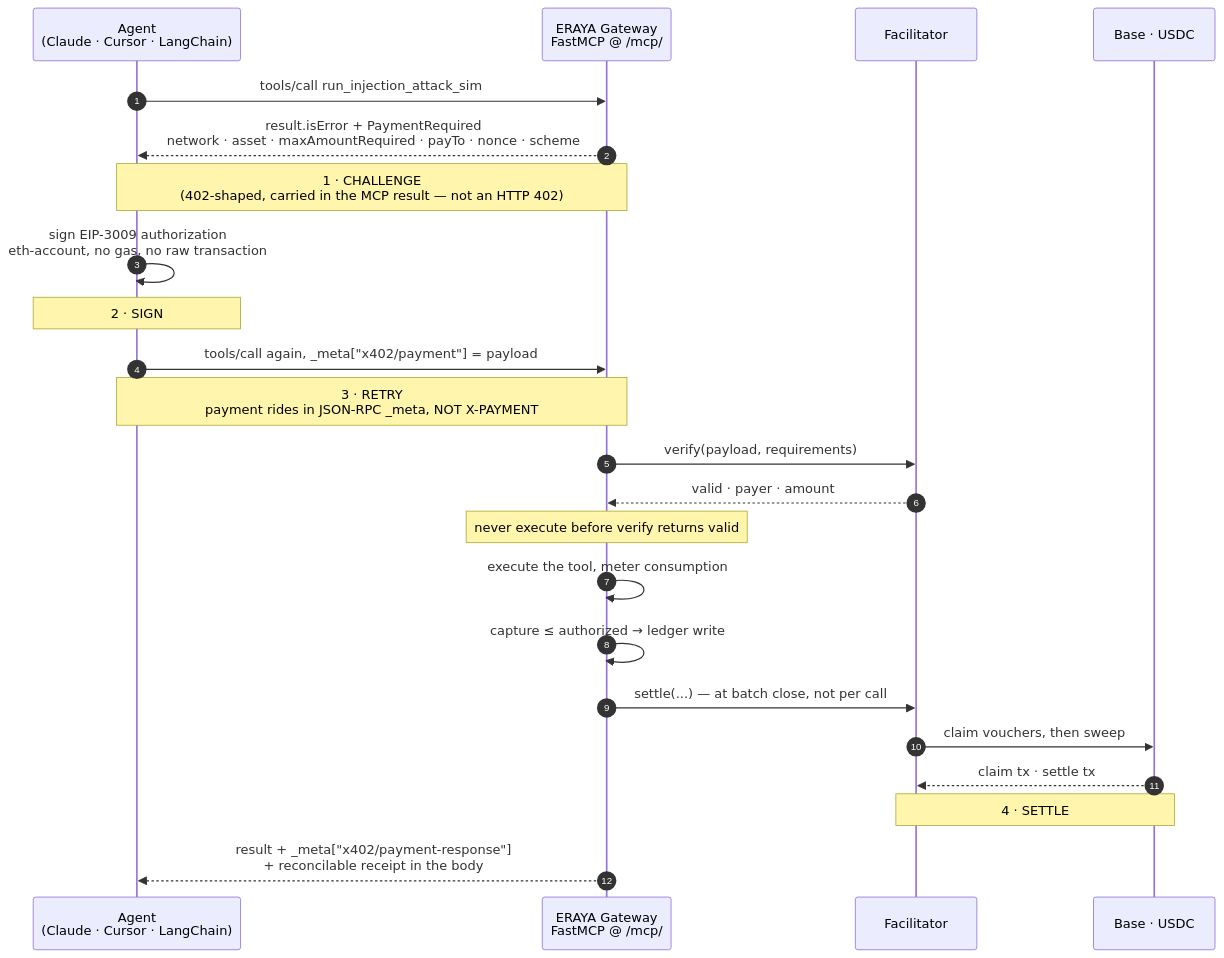
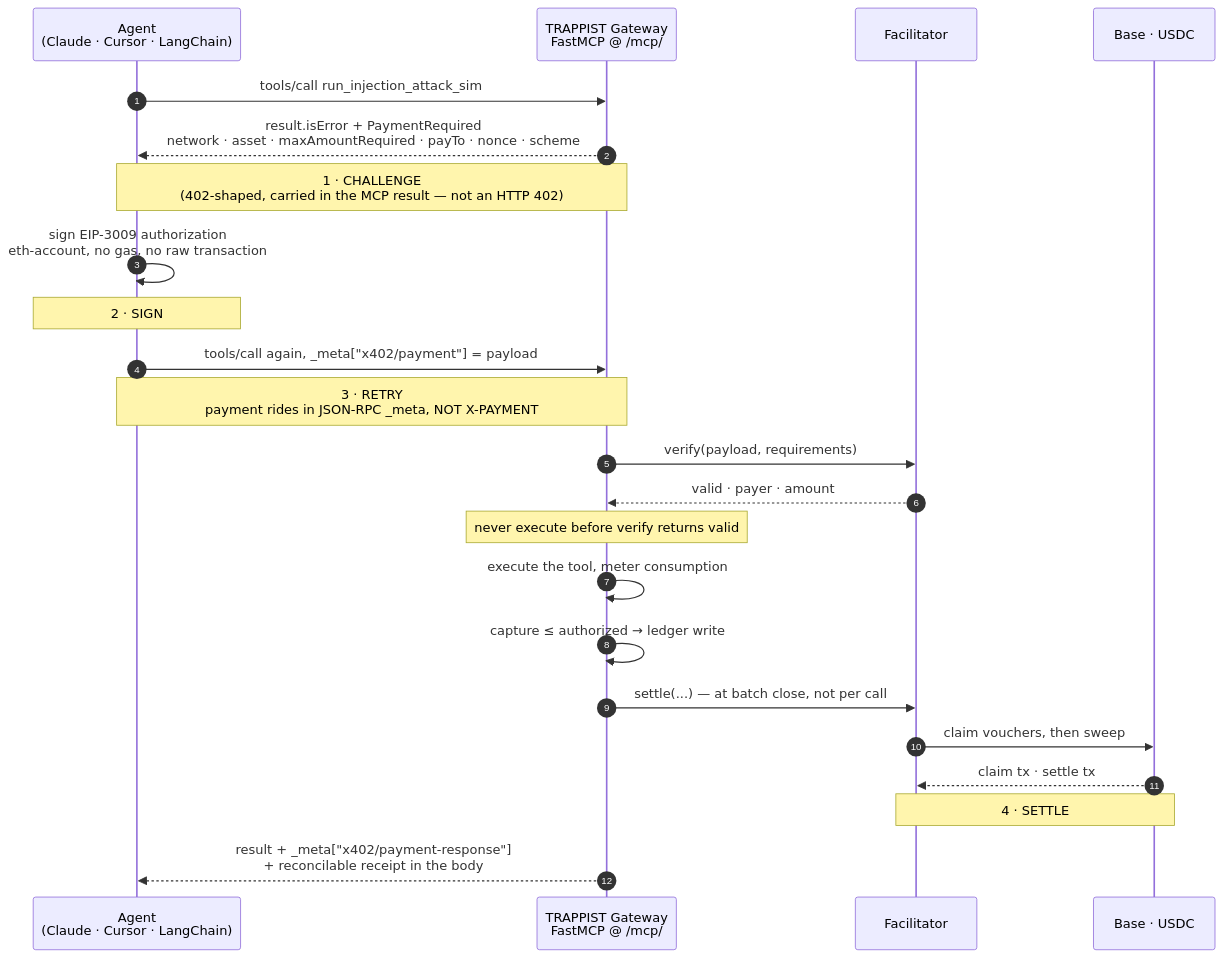
Before and after one commit to martian3062/brainwave: the first of 5 diagrams in README.md, drawn with Mermaid. The commit also changed other lines of this file and 23 other files, not shown here.

````diff
--- a/README.md
+++ b/README.md
@@ -162,30 +162,30 @@
 ```mermaid
 sequenceDiagram
     autonumber
     participant A as Agent<br/>(Claude · Cursor · LangChain)
-    participant G as ERAYA Gateway<br/>FastMCP @ /mcp/
+    participant G as TRAPPIST Gateway<br/>FastMCP @ /mcp/
     participant F as Facilitator
     participant B as Base · USDC
 
     A->>G: tools/call run_injection_attack_sim
     G-->>A: result.isError + PaymentRequired<br/>network · asset · maxAmountRequired · payTo · nonce · scheme
     Note over A,G: 1 · CHALLENGE<br/>(402-shaped, carried in the MCP result — not an HTTP 402)
 
     A->>A: sign EIP-3009 authorization<br/>eth-account, no gas, no raw transaction
     Note over A: 2 · SIGN
 
     A->>G: tools/call again, _meta["x402/payment"] = payload
     Note over A,G: 3 · RETRY<br/>payment rides in JSON-RPC _meta, NOT X-PAYMENT
 
     G->>F: verify(payload, requirements)
     F-->>G: valid · payer · amount
     Note over G: never execute before verify returns valid
     G->>G: execute the tool, meter consumption
     G->>G: capture ≤ authorized  → ledger write
     G->>F: settle(...) — at batch close, not per call
     F->>B: claim vouchers, then sweep
     B-->>F: claim tx · settle tx
     Note over F,B: 4 · SETTLE
 
     G-->>A: result + _meta["x402/payment-response"]<br/>+ reconcilable receipt in the body
 ```
````
